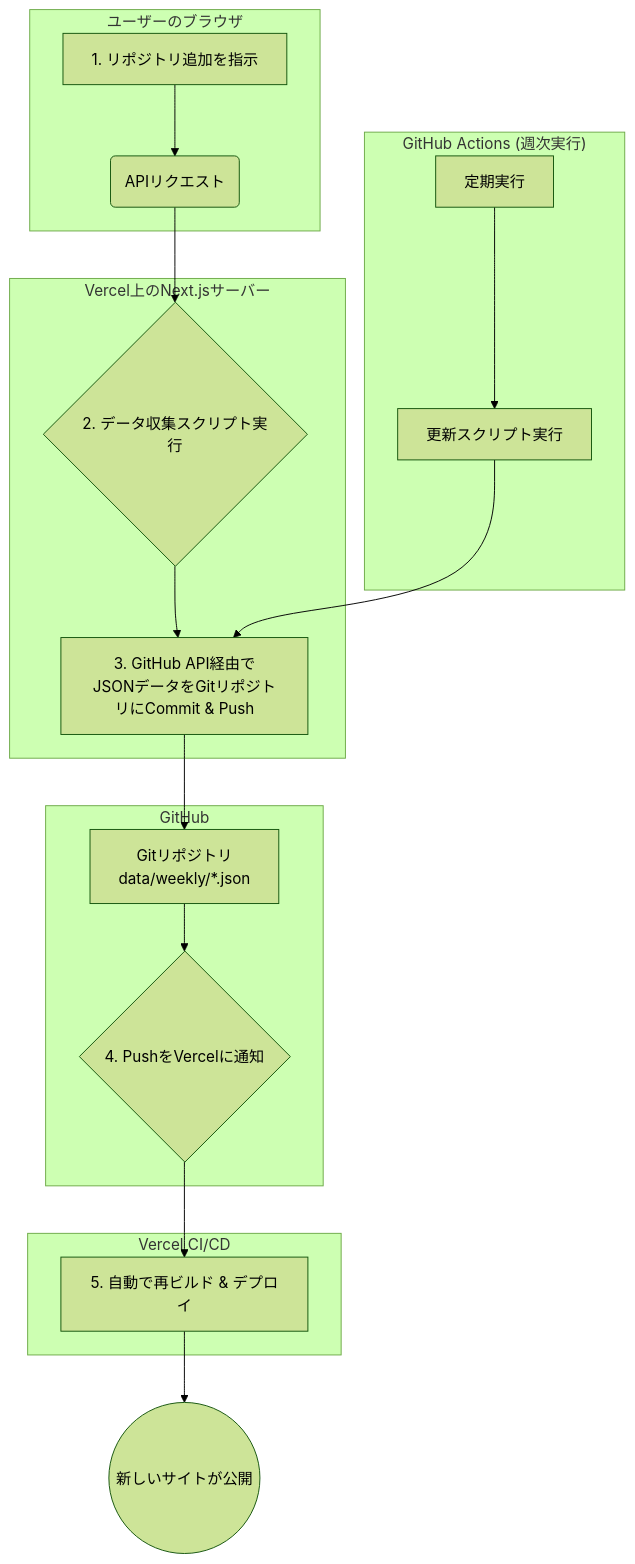
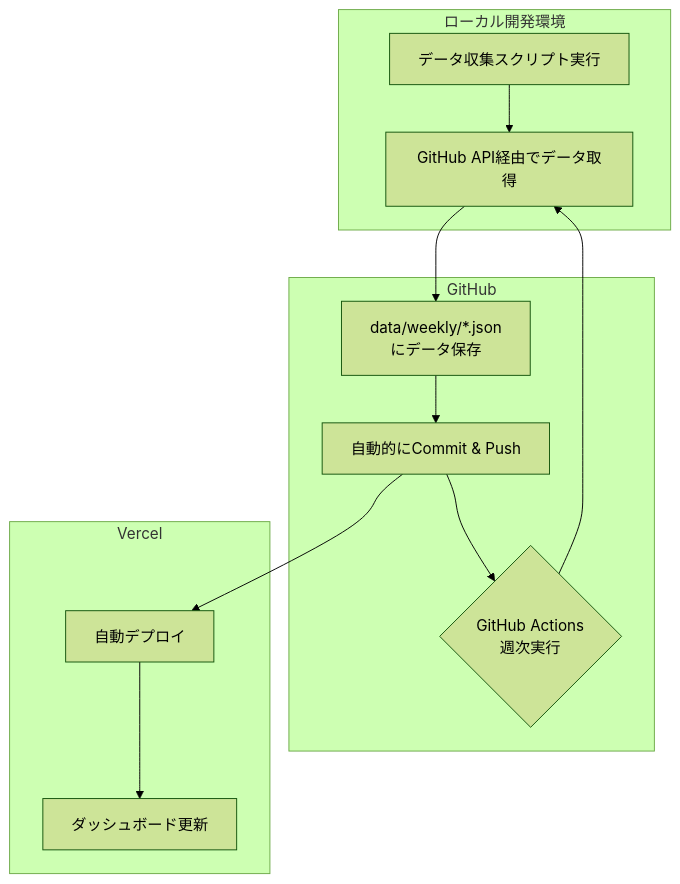
The diagram in README.md (Hide-nu/pr-analytics), drawn with Mermaid (forest theme) before and after one commit. The commit also changed other lines of this file and 1 other file, not shown here.

````diff
--- a/README.md
+++ b/README.md
@@ -78,27 +75,19 @@
 ```mermaid
 graph TD
-    subgraph "ユーザーのブラウザ"
-        A[1. リポジトリ追加を指示] --> B(APIリクエスト)
-    end
-
-    subgraph "Vercel上のNext.jsサーバー"
-        B --> C{2. データ収集スクリプト実行}
-        C --> D[3. GitHub API経由で<br>JSONデータをGitリポジトリにCommit & Push]
+    subgraph "ローカル開発環境"
+        A[データ収集スクリプト実行] --> B[GitHub API経由でデータ取得]
     end
 
     subgraph "GitHub"
-        D --> E[Gitリポジトリ<br>data/weekly/*.json]
-        E --> F{4. PushをVercelに通知}
+        B --> C[data/weekly/*.json<br/>にデータ保存]
+        C --> D[自動的にCommit & Push]
+        D --> E{GitHub Actions<br/>週次実行}
     end
 
-    subgraph "Vercel CI/CD"
-        F --> G[5. 自動で再ビルド & デプロイ]
+    subgraph "Vercel"
+        D --> F[自動デプロイ]
+        F --> G[ダッシュボード更新]
     end
 
-    G --> H((新しいサイトが公開))
-
-    subgraph "GitHub Actions (週次実行)"
-        I[定期実行] --> J[更新スクリプト実行]
-        J --> D
-    end
+    E --> B
 ```
````
